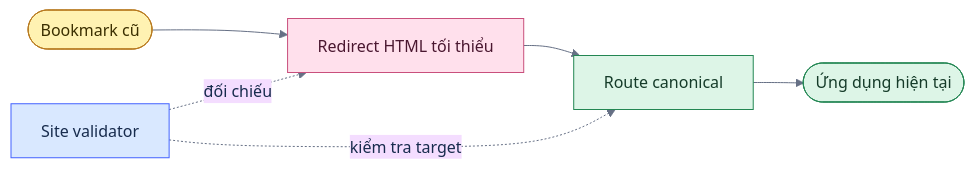
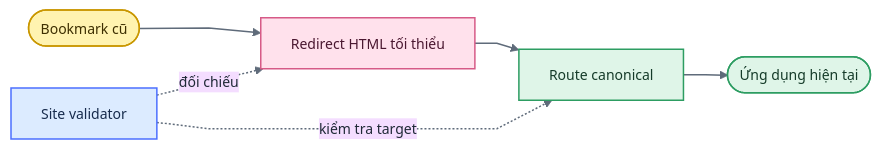
Before and after one commit to thangldw/thangldw.github.io: the first of 2 diagrams in apps/URL-MIGRATION.md, drawn with Mermaid. The commit also changed other lines of this file and 7 other files, not shown here.

Commit message:
docs: clean repository guides and diagrams

````diff
--- a/apps/URL-MIGRATION.md
+++ b/apps/URL-MIGRATION.md
@@ -7,19 +7,20 @@
 ```mermaid
-%%{init: {"theme":"base","themeVariables":{"fontFamily":"Inter, Arial, sans-serif","lineColor":"#667085","primaryTextColor":"#172B4D"}}}%%
+%%{init: {"theme":"base","flowchart":{"curve":"linear","nodeSpacing":34,"rankSpacing":44},"themeVariables":{"fontFamily":"Inter, Arial, sans-serif","fontSize":"14px","lineColor":"#5F6B7A","primaryTextColor":"#1F2937","clusterBkg":"#FFFFFF","clusterBorder":"#CBD5E1"}}}%%
 flowchart LR
   Bookmark(["Bookmark cũ"]) --> Redirect["Redirect HTML tối thiểu"]
   Redirect --> Canonical["Route canonical"]
   Canonical --> App(["Ứng dụng hiện tại"])
 
   Validator["Site validator"] -. "đối chiếu" .-> Redirect
   Validator -. "kiểm tra target" .-> Canonical
 
-  classDef yellow fill:#FFF2B2,stroke:#B7791F,color:#3B2F00,stroke-width:1px;
-  classDef blue fill:#D9E8FF,stroke:#4262FF,color:#172B4D,stroke-width:1px;
-  classDef green fill:#DDF5E7,stroke:#238653,color:#153B29,stroke-width:1px;
-  classDef pink fill:#FFE0EC,stroke:#C94F7C,color:#4A1730,stroke-width:1px;
-  class Bookmark yellow;
-  class Redirect pink;
-  class Canonical,App green;
-  class Validator blue;
+  classDef stickyYellow fill:#FFF3B0,stroke:#C99700,color:#3D2F00,stroke-width:1.5px;
+  classDef stickyBlue fill:#DCEBFF,stroke:#4C6FFF,color:#172B4D,stroke-width:1.5px;
+  classDef stickyPink fill:#FFE1EC,stroke:#D65A87,color:#4A1730,stroke-width:1.5px;
+  classDef stickyGreen fill:#DFF5E8,stroke:#2D9D62,color:#153B29,stroke-width:1.5px;
+  class Bookmark stickyYellow;
+  class Redirect stickyPink;
+  class Canonical,App stickyGreen;
+  class Validator stickyBlue;
+  linkStyle default stroke:#5F6B7A,stroke-width:1.5px;
 ```
````
